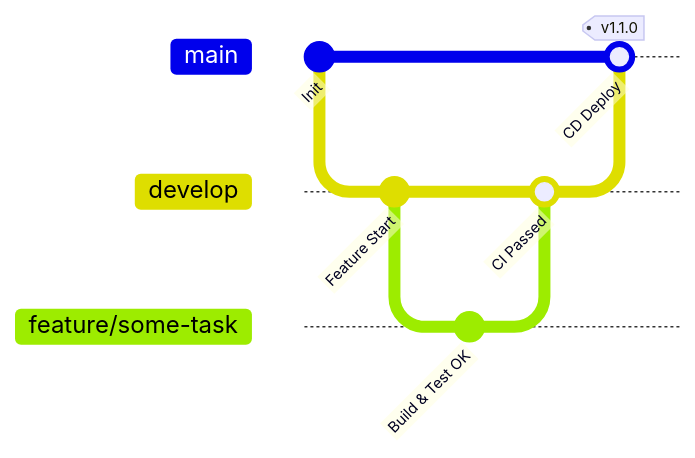
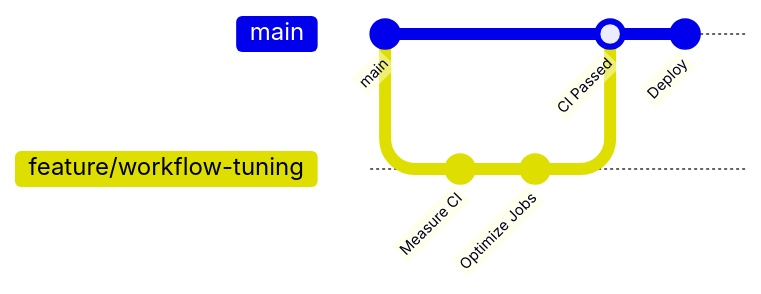
Before and after one commit to Nader7x/PixelPitchAI: the diagram in docs/ci_cd_plan.md, drawn with Mermaid. The commit also changed other lines of this file and 7 other files, not shown here.

Commit message:
chore(ci): optimize workflows, deploy via ghcr, and update env templates

````diff
--- a/docs/ci_cd_plan.md
+++ b/docs/ci_cd_plan.md
@@ -9,14 +56,11 @@
 ```mermaid
 gitGraph
-    commit id: "Init"
-    branch develop
-    checkout develop
-    commit id: "Feature Start"
-    branch feature/some-task
-    checkout feature/some-task
-    commit id: "Build & Test OK"
-    checkout develop
-    merge feature/some-task id: "CI Passed"
+    commit id: "main"
+    branch feature/workflow-tuning
+    checkout feature/workflow-tuning
+    commit id: "Measure CI"
+    commit id: "Optimize Jobs"
     checkout main
-    merge develop tag: "v1.1.0" id: "CD Deploy"
+    merge feature/workflow-tuning id: "CI Passed"
+    commit id: "Deploy"
 ```
````
